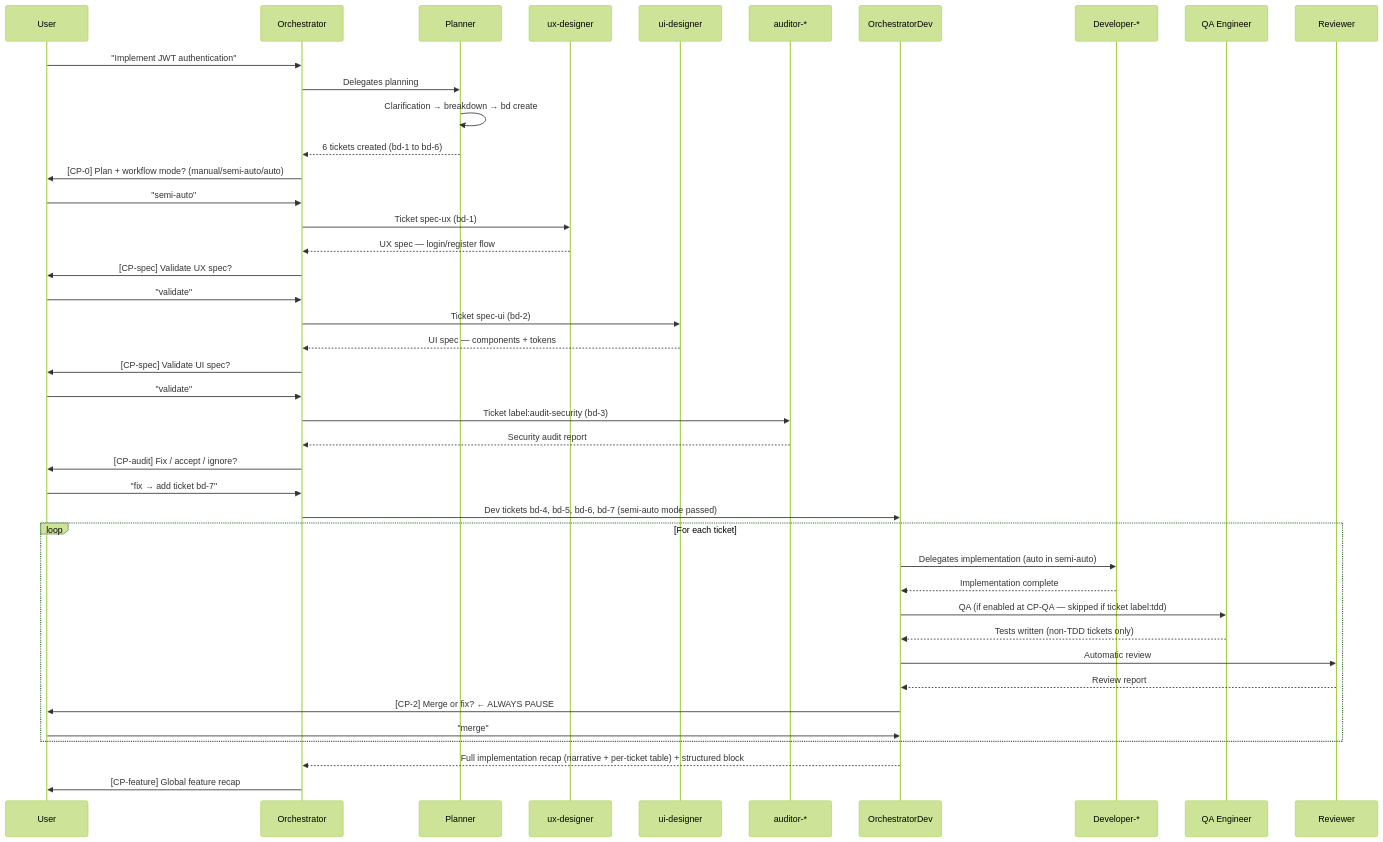
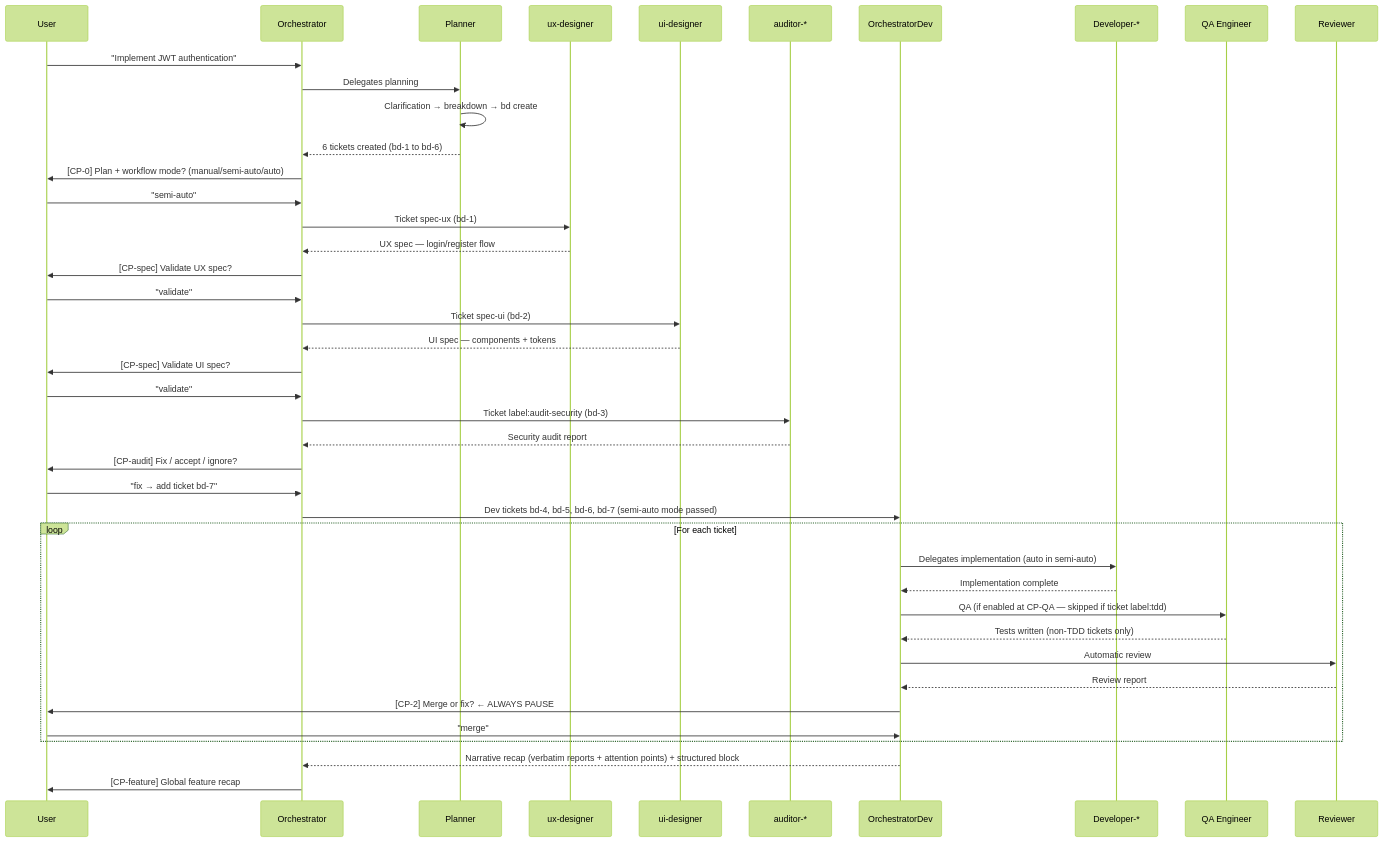
One commit to datichb/openhub changed the first of 6 diagrams in docs/guides/workflows.en.md. Above: the diagram before and after it, drawn with Mermaid (forest theme). The commit also changed other lines of this file and 18 other files, not shown here.

````diff
--- a/docs/guides/workflows.en.md
+++ b/docs/guides/workflows.en.md
@@ -40,50 +40,50 @@
 ```mermaid
 sequenceDiagram
     participant U as User
     participant O as Orchestrator
     participant PL as Planner
     participant UX as ux-designer
     participant UI as ui-designer
     participant AU as auditor-*
     participant OD as OrchestratorDev
     participant DEV as Developer-*
     participant QA as QA Engineer
     participant R as Reviewer
 
     U->>O: "Implement JWT authentication"
     O->>PL: Delegates planning
     PL->>PL: Clarification → breakdown → bd create
     PL-->>O: 6 tickets created (bd-1 to bd-6)
     O->>U: [CP-0] Plan + workflow mode? (manual/semi-auto/auto)
     U->>O: "semi-auto"
 
     O->>UX: Ticket spec-ux (bd-1)
     UX-->>O: UX spec — login/register flow
     O->>U: [CP-spec] Validate UX spec?
     U->>O: "validate"
 
     O->>UI: Ticket spec-ui (bd-2)
     UI-->>O: UI spec — components + tokens
     O->>U: [CP-spec] Validate UI spec?
     U->>O: "validate"
 
     O->>AU: Ticket label:audit-security (bd-3)
     AU-->>O: Security audit report
     O->>U: [CP-audit] Fix / accept / ignore?
     U->>O: "fix → add ticket bd-7"
 
     O->>OD: Dev tickets bd-4, bd-5, bd-6, bd-7 (semi-auto mode passed)
     loop For each ticket
         OD->>DEV: Delegates implementation (auto in semi-auto)
         DEV-->>OD: Implementation complete
         OD->>QA: QA (if enabled at CP-QA — skipped if ticket label:tdd)
         QA-->>OD: Tests written (non-TDD tickets only)
         OD->>R: Automatic review
         R-->>OD: Review report
         OD->>U: [CP-2] Merge or fix? ← ALWAYS PAUSE
         U->>OD: "merge"
     end
-    OD-->>O: Full implementation recap (narrative + per-ticket table) + structured block
+    OD-->>O: Narrative recap (verbatim reports + attention points) + structured block
 
     O->>U: [CP-feature] Global feature recap
 ```
````
